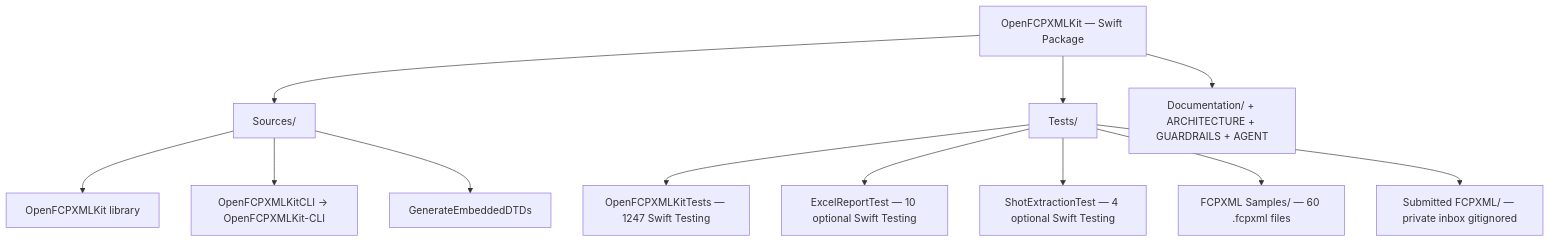
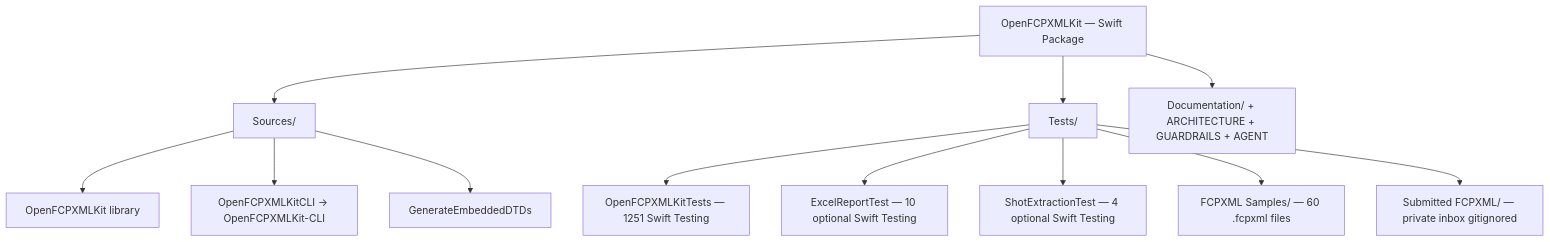
The first of 6 diagrams in ARCHITECTURE.md (TheAcharya/OpenFCPXMLKit), drawn with Mermaid before and after one commit. The commit also changed other lines of this file and 29 other files, not shown here.

````diff
--- a/ARCHITECTURE.md
+++ b/ARCHITECTURE.md
@@ -242,18 +242,18 @@
 ```mermaid
 flowchart TB
     Pkg["OpenFCPXMLKit — Swift Package"]
 
     Pkg --> SRC["Sources/"]
     Pkg --> TST["Tests/"]
     Pkg --> DOC["Documentation/ + ARCHITECTURE + GUARDRAILS + AGENT"]
 
     SRC --> LIB["OpenFCPXMLKit library"]
     SRC --> CLI["OpenFCPXMLKitCLI → OpenFCPXMLKit-CLI"]
     SRC --> GEN["GenerateEmbeddedDTDs"]
 
-    TST --> OKT["OpenFCPXMLKitTests — 1247 Swift Testing"]
+    TST --> OKT["OpenFCPXMLKitTests — 1251 Swift Testing"]
     TST --> ERT["ExcelReportTest — 10 optional Swift Testing"]
     TST --> SET["ShotExtractionTest — 4 optional Swift Testing"]
     TST --> SMP["FCPXML Samples/ — 60 .fcpxml files"]
     TST --> SUB["Submitted FCPXML/ — private inbox gitignored"]
 ```
````
